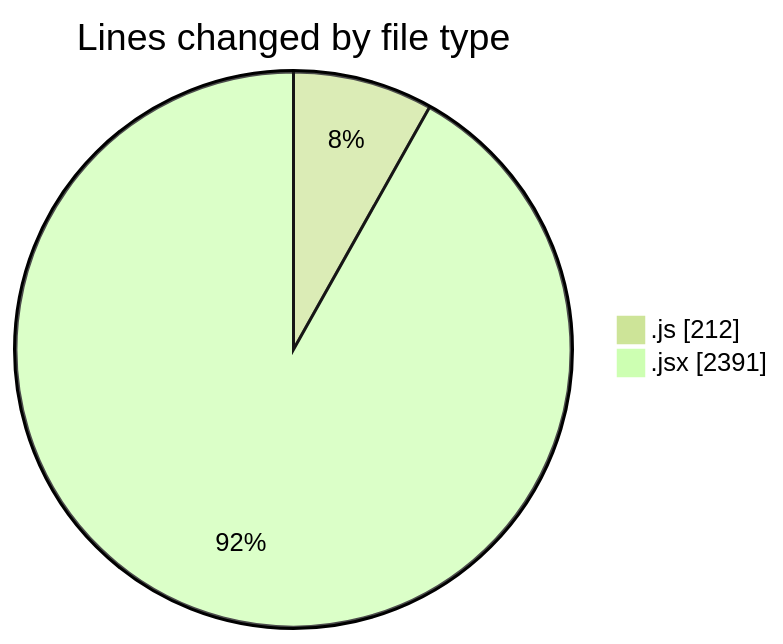
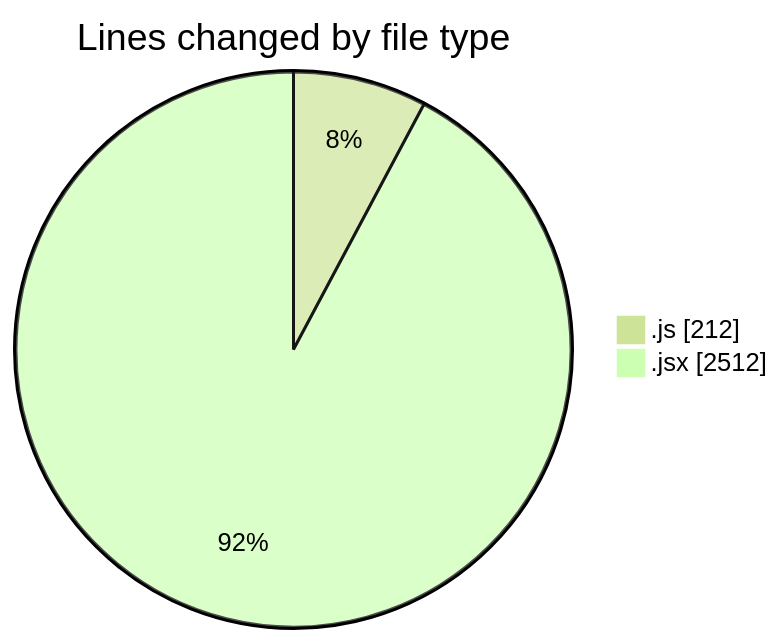
One commit to nxtqubesakshisongat/code-tracking changed the first of 2 diagrams in 2025-06-07/nxtqube_webapp/README.md. Above: the diagram before and after it, drawn with Mermaid (forest theme). The commit also changed other lines of this file and 1 other file, not shown here.

````diff
--- a/2025-06-07/nxtqube_webapp/README.md
+++ b/2025-06-07/nxtqube_webapp/README.md
@@ -24,6 +24,6 @@
 ```mermaid
 pie showData
 title Lines changed by file type
 ".js" : 212
-".jsx" : 2391
+".jsx" : 2512
 ```
````
